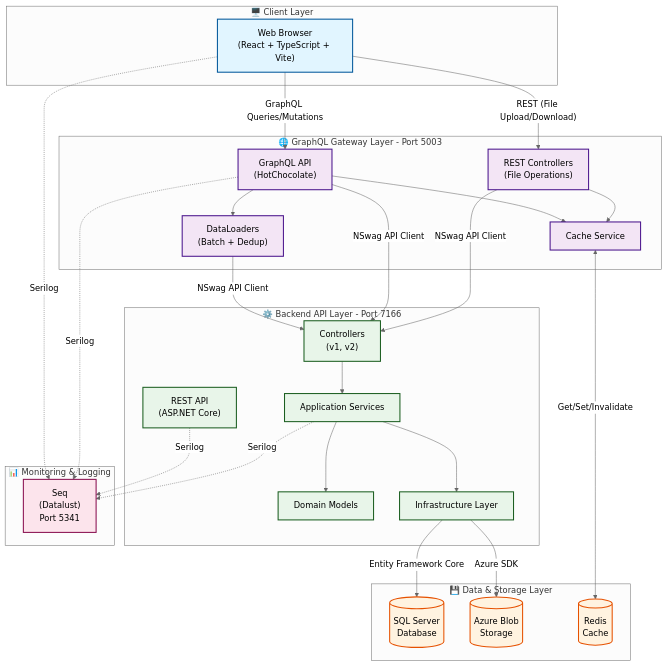
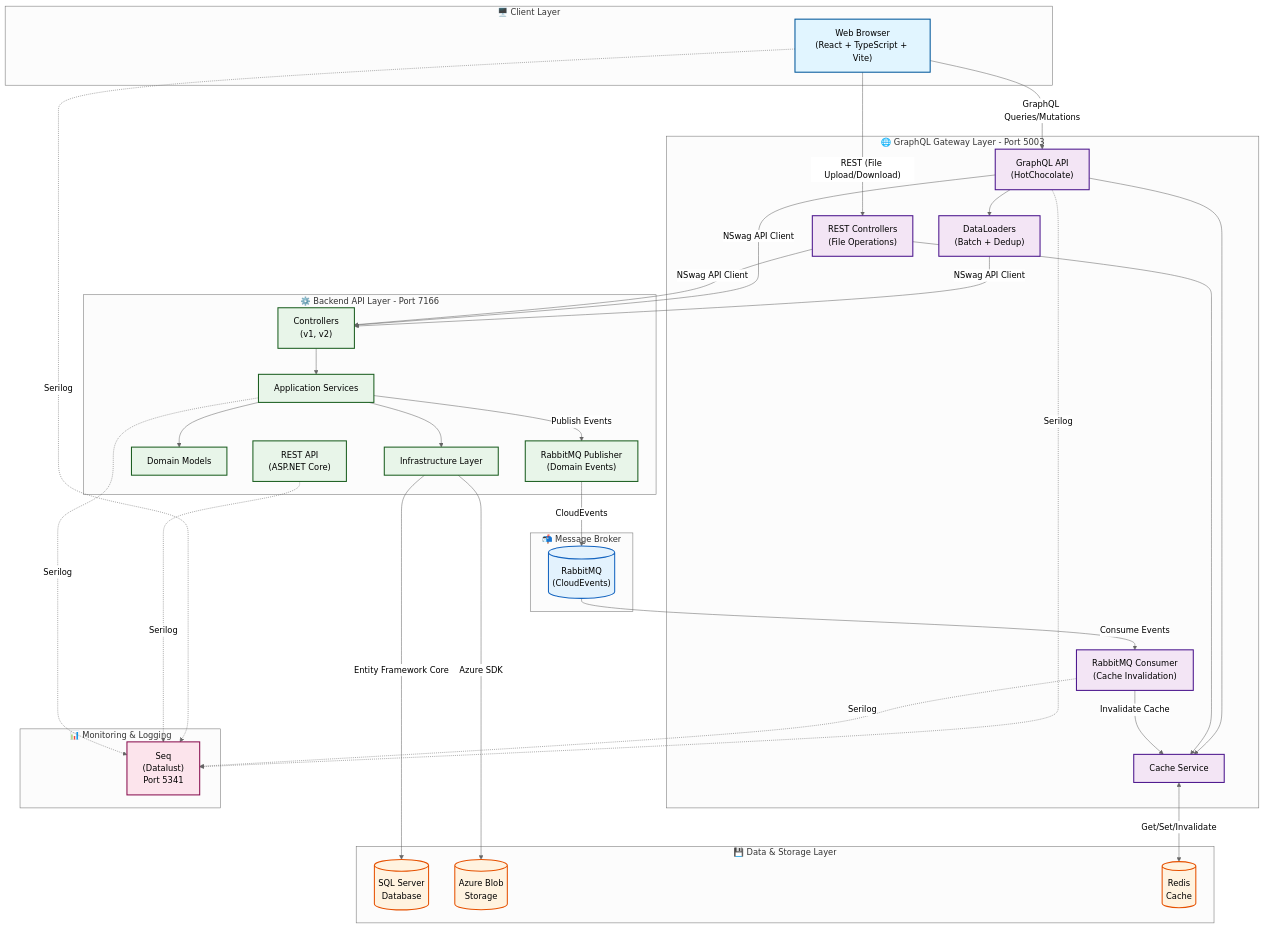
One commit to joealfa/ems-v2 changed the diagram in README.md. Above: the diagram before and after it, drawn with Mermaid. The commit also changed other lines of this file and 9 other files, not shown here.

First line of the commit message:
Add RabbitMQ integration for event-driven cache invalidation

````diff
--- a/README.md
+++ b/README.md
@@ -189,6 +208,7 @@
         DataLoaders["DataLoaders<br/>(Batch + Dedup)"]
         RestProxy["REST Controllers<br/>(File Operations)"]
         CacheService["Cache Service"]
+        RabbitConsumer["RabbitMQ Consumer<br/>(Cache Invalidation)"]
     end
 
     subgraph Backend["⚙️ Backend API Layer - Port 7166"]
@@ -197,12 +217,17 @@
         Services["Application Services"]
         Domain["Domain Models"]
         Infrastructure["Infrastructure Layer"]
+        RabbitPublisher["RabbitMQ Publisher<br/>(Domain Events)"]
     end
 
     subgraph Data["💾 Data & Storage Layer"]
         SQL[(SQL Server<br/>Database)]
         Blob[("Azure Blob<br/>Storage")]
         Redis[("Redis<br/>Cache")]
+    end
+
+    subgraph Messaging["📬 Message Broker"]
+        RabbitMQ[("RabbitMQ<br/>(CloudEvents)")]
     end
 
     subgraph Monitoring["📊 Monitoring & Logging"]
@@ -235,22 +260,31 @@
     Infrastructure -->|"Entity Framework Core"| SQL
     Infrastructure -->|"Azure SDK"| Blob
 
+    %% Event publishing
+    Services -->|"Publish Events"| RabbitPublisher
+    RabbitPublisher -->|"CloudEvents"| RabbitMQ
+    RabbitMQ -->|"Consume Events"| RabbitConsumer
+    RabbitConsumer -->|"Invalidate Cache"| CacheService
+
     %% Logging
     Browser -.->|"Serilog"| Seq
     GQL -.->|"Serilog"| Seq
     API -.->|"Serilog"| Seq
     Services -.->|"Serilog"| Seq
+    RabbitConsumer -.->|"Serilog"| Seq
 
     %% Styling
     classDef clientStyle fill:#e1f5ff,stroke:#01579b,stroke-width:2px
     classDef gatewayStyle fill:#f3e5f5,stroke:#4a148c,stroke-width:2px
     classDef backendStyle fill:#e8f5e9,stroke:#1b5e20,stroke-width:2px
     classDef dataStyle fill:#fff3e0,stroke:#e65100,stroke-width:2px
+    classDef messagingStyle fill:#e3f2fd,stroke:#1565c0,stroke-width:2px
     classDef monitorStyle fill:#fce4ec,stroke:#880e4f,stroke-width:2px
 
     class Browser clientStyle
-    class GQL,DataLoaders,RestProxy,CacheService gatewayStyle
-    class API,Controllers,Services,Domain,Infrastructure backendStyle
+    class GQL,DataLoaders,RestProxy,CacheService,RabbitConsumer gatewayStyle
+    class API,Controllers,Services,Domain,Infrastructure,RabbitPublisher backendStyle
     class SQL,Blob,Redis dataStyle
+    class RabbitMQ messagingStyle
     class Seq monitorStyle
 ```
````
